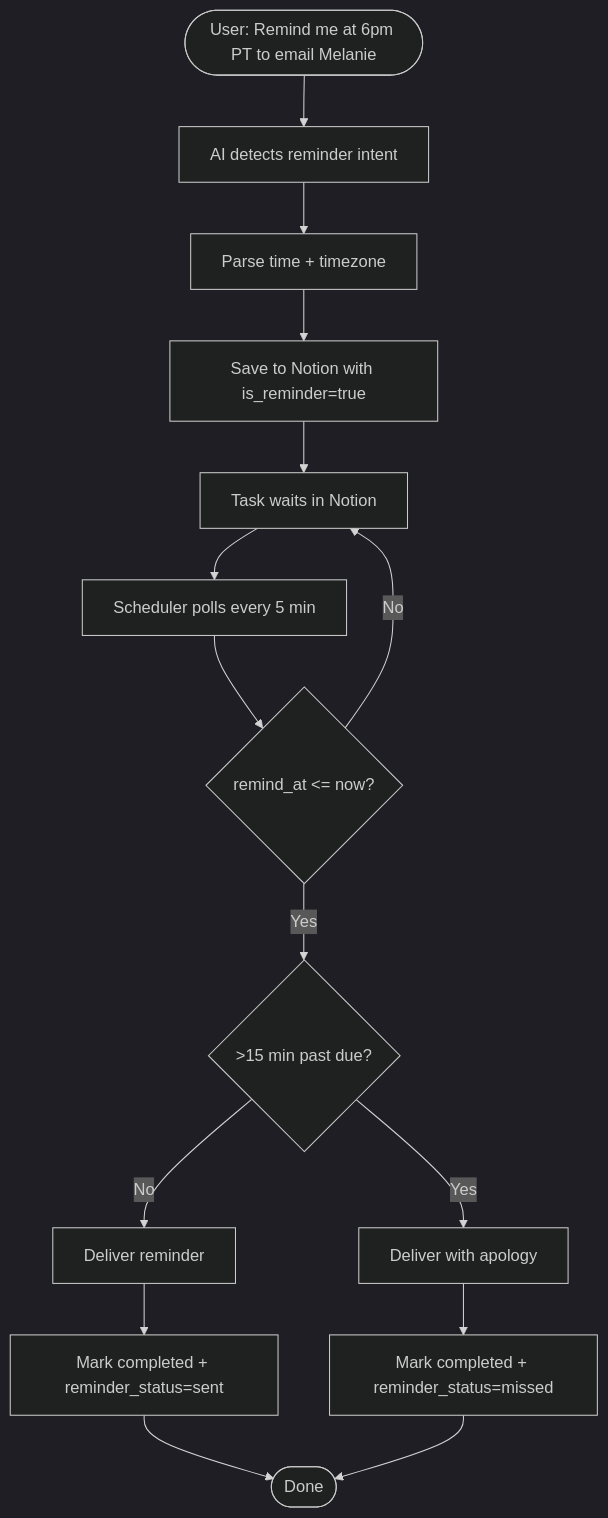
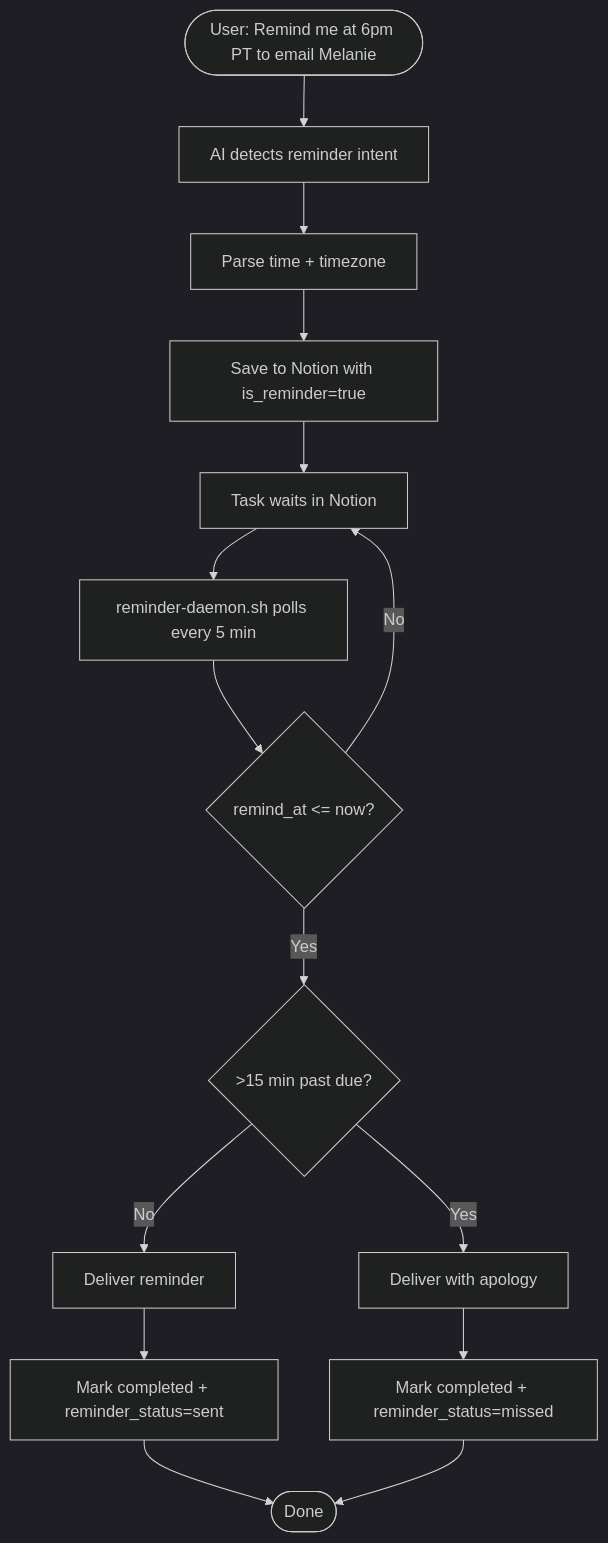
One commit to NickBorgersProbably/hide-my-list changed diagram 28 of 29 in docs/task-lifecycle.md. Above: the diagram before and after it, drawn with Mermaid (dark theme). The commit also changed other lines of this file and 8 other files, not shown here.

First line of the commit message:
Replace GitHub Actions cron with local reminder daemon; fix review blockers

````diff
--- a/docs/task-lifecycle.md
+++ b/docs/task-lifecycle.md
@@ -927,21 +927,21 @@
 ```mermaid
 flowchart TD
     Intake([User: Remind me at 6pm PT to email Melanie]) --> Detect[AI detects reminder intent]
     Detect --> Parse[Parse time + timezone]
     Parse --> Save[Save to Notion with is_reminder=true]
 
     Save --> Wait[Task waits in Notion]
-    Wait --> Cron[Scheduler polls every 5 min]
-    Cron --> Due{remind_at <= now?}
+    Wait --> Daemon[reminder-daemon.sh polls every 5 min]
+    Daemon --> Due{remind_at <= now?}
     Due -->|No| Wait
     Due -->|Yes| Late{>15 min past due?}
 
     Late -->|No| Send[Deliver reminder]
     Late -->|Yes| SendMissed[Deliver with apology]
 
     Send --> Complete[Mark completed + reminder_status=sent]
     SendMissed --> Complete2[Mark completed + reminder_status=missed]
 
     Complete --> Done([Done])
     Complete2 --> Done
 ```
````
